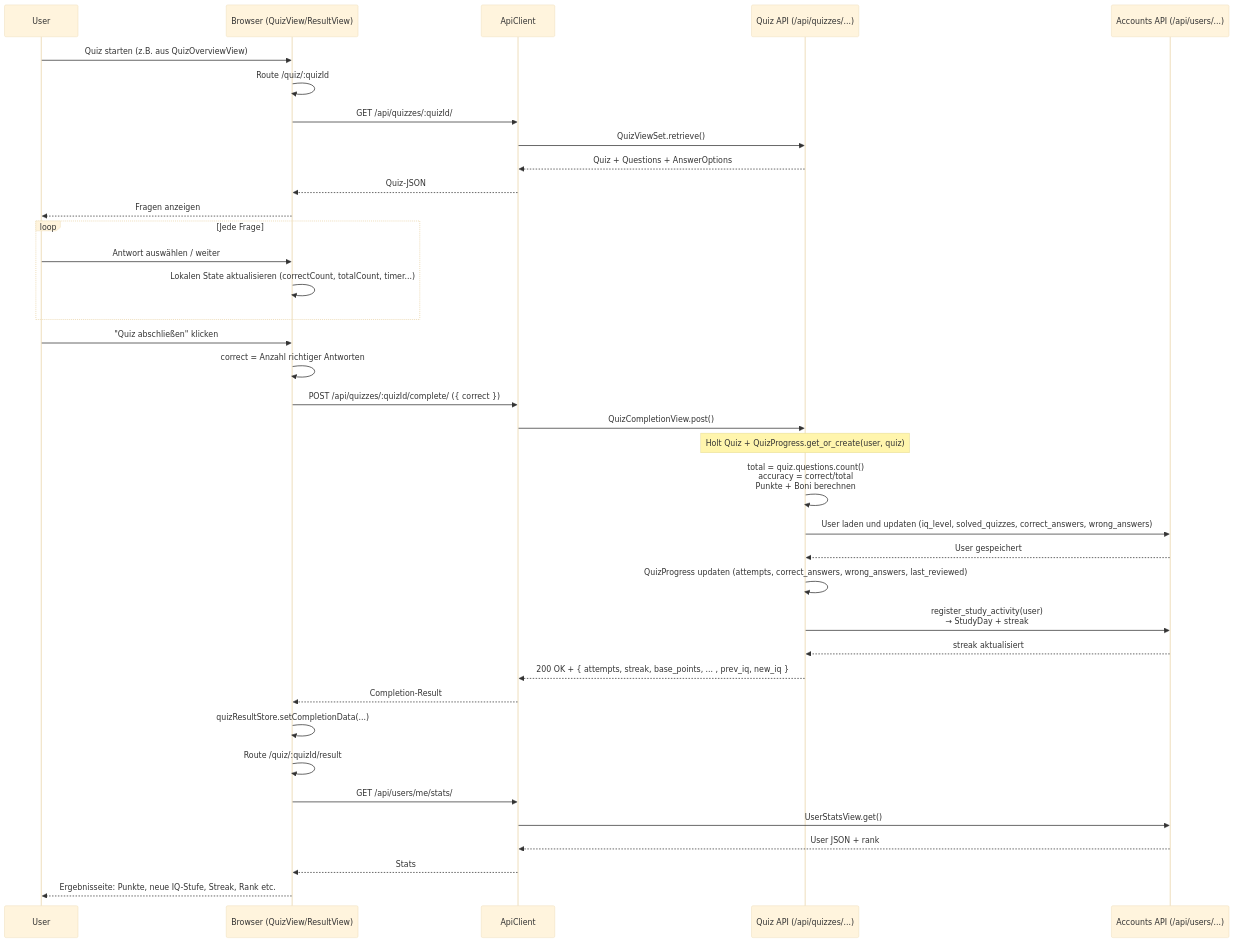
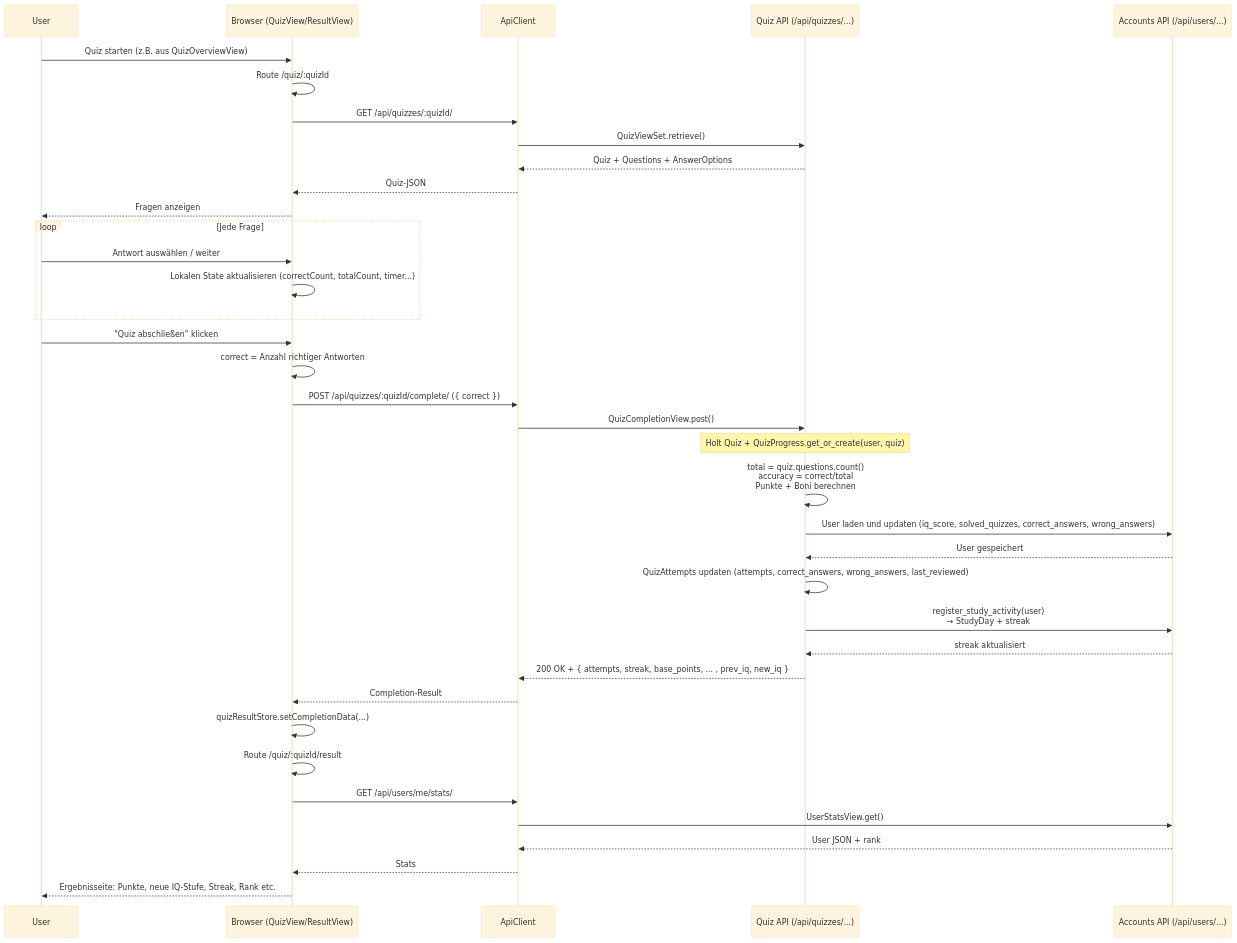
Before and after one commit to Gorg-tech/StudIQ: the third of 4 diagrams in docs/architecture/SequenzDiagramme.md, drawn with Mermaid (base theme). The commit also changed other lines of this file, not shown here.

Commit message:
update quiz durchfuehren

```diff
--- a/docs/architecture/SequenzDiagramme.md
+++ b/docs/architecture/SequenzDiagramme.md
@@ -80,49 +80,49 @@
 :::Mermaid
 sequenceDiagram
     participant U as User
     participant FE as Browser (QuizView/ResultView)
     participant API as ApiClient
     participant QS as Quiz API (/api/quizzes/...)
     participant ACC as Accounts API (/api/users/...)
 
     %% QuizView laden
     U->>FE: Quiz starten (z.B. aus QuizOverviewView)
     FE->>FE: Route /quiz/:quizId
     FE->>API: GET /api/quizzes/:quizId/
     API->>QS: QuizViewSet.retrieve()
     QS-->>API: Quiz + Questions + AnswerOptions
     API-->>FE: Quiz-JSON
     FE-->>U: Fragen anzeigen
 
     %% User beantwortet Fragen rein im FE
     loop Jede Frage
         U->>FE: Antwort auswählen / weiter
         FE->>FE: Lokalen State aktualisieren (correctCount, totalCount, timer...)
     end
 
     %% Quiz-Abschluss
     U->>FE: "Quiz abschließen" klicken
     FE->>FE: correct = Anzahl richtiger Antworten
     FE->>API: POST /api/quizzes/:quizId/complete/ ({ correct })
     API->>QS: QuizCompletionView.post()
 
     note over QS: Holt Quiz + QuizProgress.get_or_create(user, quiz)
 
     QS->>QS: total = quiz.questions.count()<br/>accuracy = correct/total<br/>Punkte + Boni berechnen
-    QS->>ACC: User laden und updaten (iq_level, solved_quizzes, correct_answers, wrong_answers)
+    QS->>ACC: User laden und updaten (iq_score, solved_quizzes, correct_answers, wrong_answers)
     ACC-->>QS: User gespeichert
-    QS->>QS: QuizProgress updaten (attempts, correct_answers, wrong_answers, last_reviewed)
+    QS->>QS: QuizAttempts updaten (attempts, correct_answers, wrong_answers, last_reviewed)
     QS->>ACC: register_study_activity(user)<br/>→ StudyDay + streak
     ACC-->>QS: streak aktualisiert
     QS-->>API: 200 OK + { attempts, streak, base_points, ... , prev_iq, new_iq }
     API-->>FE: Completion-Result
 
     %% Ergebnis-Seite + Stats
     FE->>FE: quizResultStore.setCompletionData(...)
     FE->>FE: Route /quiz/:quizId/result
     FE->>API: GET /api/users/me/stats/
     API->>ACC: UserStatsView.get()
     ACC-->>API: User JSON + rank
     API-->>FE: Stats
     FE-->>U: Ergebnisseite: Punkte, neue IQ-Stufe, Streak, Rank etc.
 :::
```
